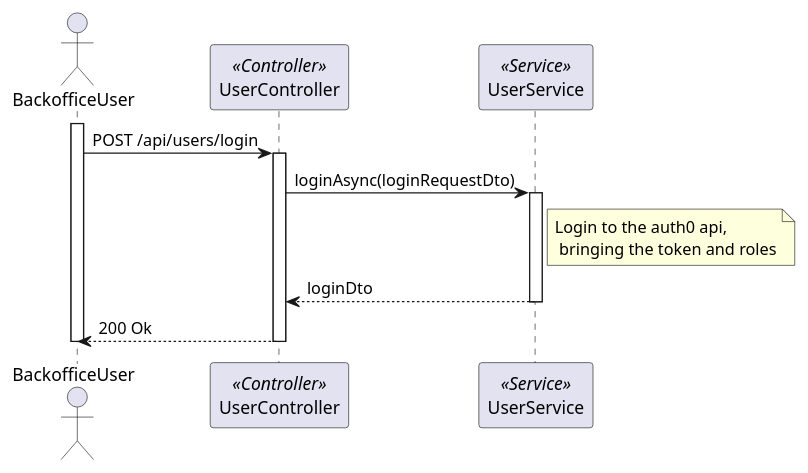
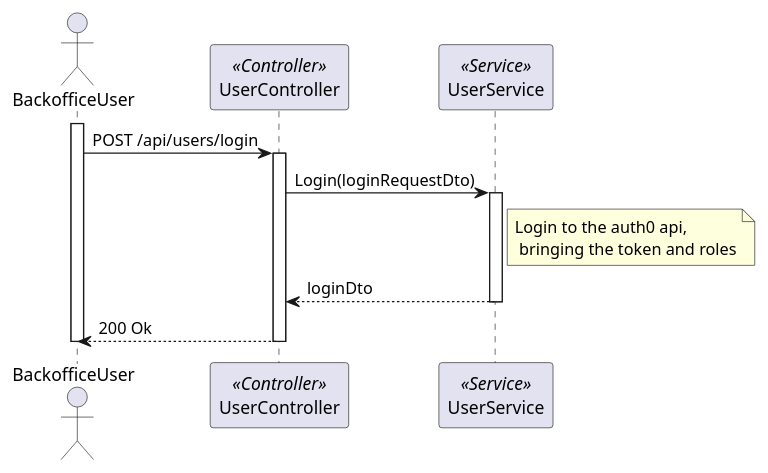
The diagram in docs/sprint-a/us-5.1.6/views/level3/process-view2.puml (1220846/sem5pi-24-25-3ddg20), drawn with PlantUML before and after one commit. The commit also changed 7 other files, not shown here.

```diff
--- a/docs/sprint-a/us-5.1.6/views/level3/process-view2.puml
+++ b/docs/sprint-a/us-5.1.6/views/level3/process-view2.puml
@@ -1,30 +1,30 @@
-@startuml level3
+@startuml process-view
 
 actor "BackofficeUser" as UserP
 participant "UserController" as Controller <<Controller>>
 participant "UserService" as Service <<Service>>
 
 activate UserP
 
     UserP-> Controller : POST /api/users/login
 
     activate Controller
 
-        Controller -> Service : loginAsync(loginRequestDto)
+        Controller -> Service : Login(loginRequestDto)
 
         activate Service
 
             Note  right of Service: Login to the auth0 api,\n bringing the token and roles
 
             Service --> Controller : loginDto
 
         deactivate Service
 
         UserP <-- Controller : 200 Ok
 
     deactivate Controller
 
 deactivate UserP
 
 
 @enduml
```
